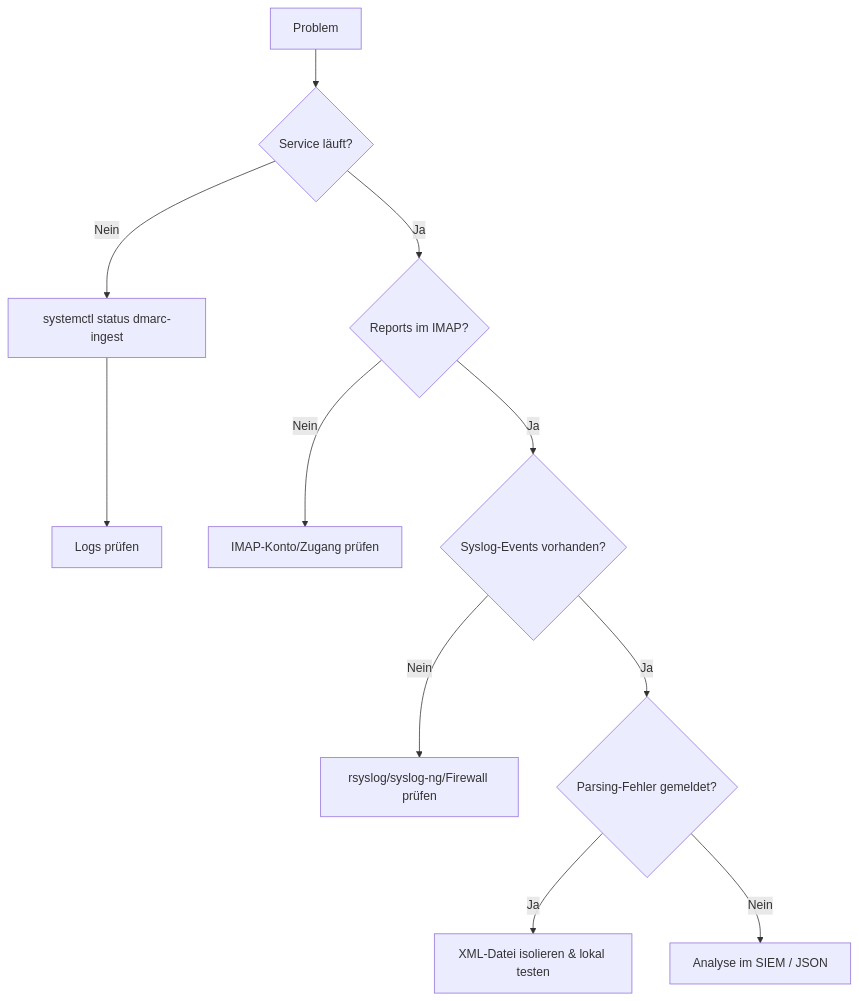
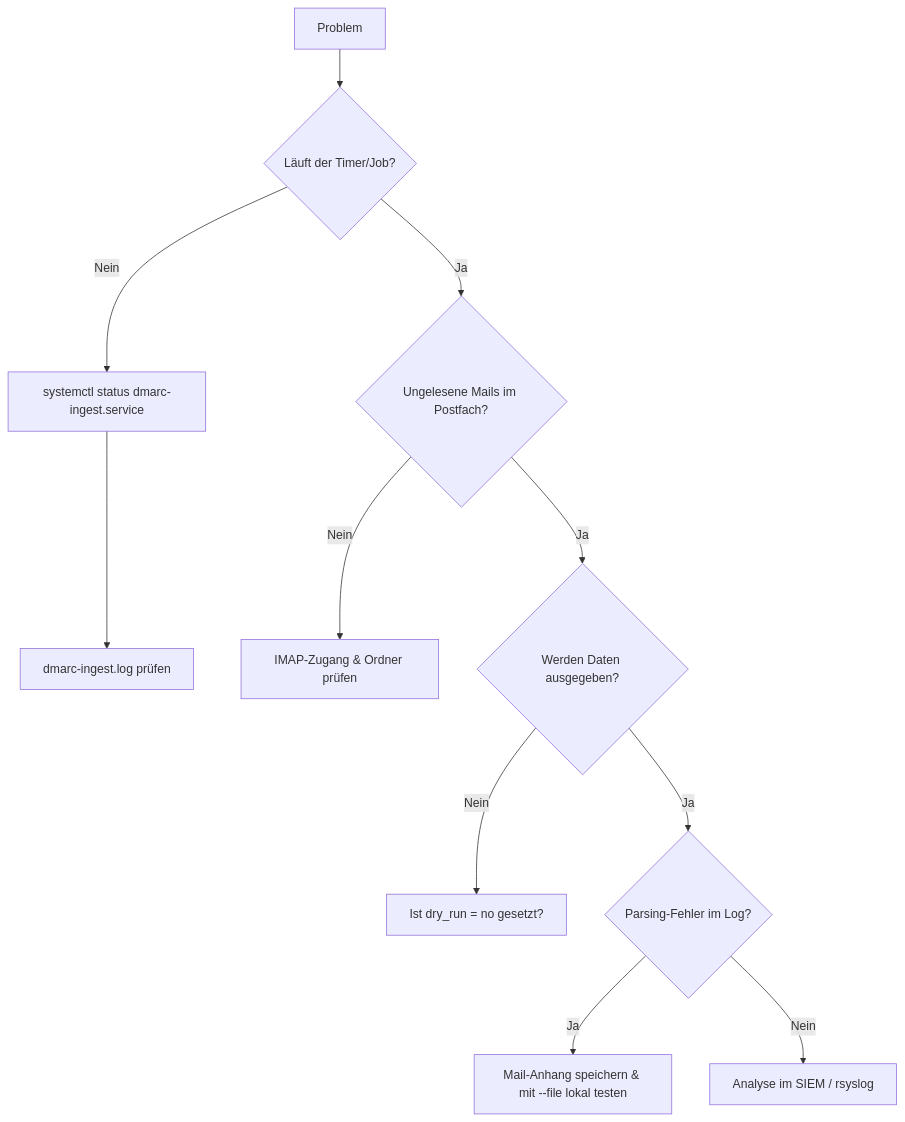
The second of 2 diagrams in README.md (hec1976/dmarc-ingest), drawn with Mermaid before and after one commit. The commit also changed other lines of this file, not shown here.

````diff
--- a/README.md
+++ b/README.md
@@ -568,13 +450,13 @@
 ```mermaid
 flowchart TD
-    A[Problem] --> B{Service läuft?}
-    B -->|Nein| C[systemctl status dmarc-ingest]
-    C --> D[Logs prüfen]
-    B -->|Ja| E{Reports im IMAP?}
-    E -->|Nein| F[IMAP-Konto/Zugang prüfen]
-    E -->|Ja| G{Syslog-Events vorhanden?}
-    G -->|Nein| H[rsyslog/syslog-ng/Firewall prüfen]
-    G -->|Ja| I{Parsing-Fehler gemeldet?}
-    I -->|Ja| J[XML-Datei isolieren & lokal testen]
-    I -->|Nein| K[Analyse im SIEM / JSON]
+    A[Problem] --> B{Läuft der Timer/Job?}
+    B -->|Nein| C[systemctl status dmarc-ingest.service]
+    C --> D[dmarc-ingest.log prüfen]
+    B -->|Ja| E{Ungelesene Mails im Postfach?}
+    E -->|Nein| F[IMAP-Zugang & Ordner prüfen]
+    E -->|Ja| G{Werden Daten ausgegeben?}
+    G -->|Nein| H[Ist dry_run = no gesetzt?]
+    G -->|Ja| I{Parsing-Fehler im Log?}
+    I -->|Ja| J[Mail-Anhang speichern & mit --file lokal testen]
+    I -->|Nein| K[Analyse im SIEM / rsyslog]
 ```
````
